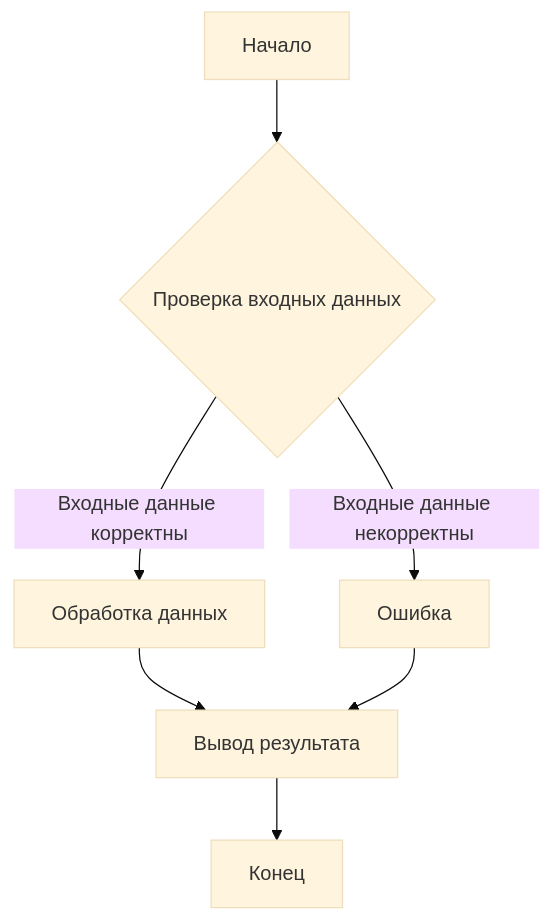
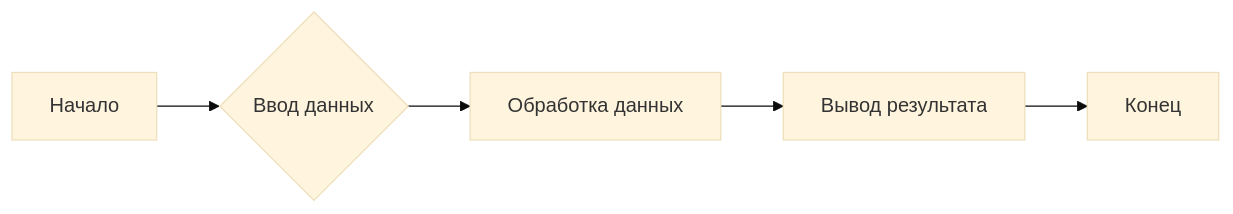
Before and after one commit to hypo69/hypo: the diagram in docs/gemini/ru/explainer/src/endpoints/hypo69/code_assistant/instructions/instruction_code_explainer_html_ru.md, drawn with Mermaid (base theme). The commit also changed other lines of this file and 468 other files, not shown here.

````diff
--- a/docs/gemini/ru/explainer/src/endpoints/hypo69/code_assistant/instructions/instruction_code_explainer_html_ru.md
+++ b/docs/gemini/ru/explainer/src/endpoints/hypo69/code_assistant/instructions/instruction_code_explainer_html_ru.md
@@ -11,9 +15,7 @@
 ```mermaid
-graph TD
-    A[Начало] --> B{Проверка входных данных};
-    B -- Входные данные корректны --> C[Обработка данных];
-    B -- Входные данные некорректны --> D[Ошибка];
-    C --> E[Вывод результата];
-    D --> E;
-    E --> F[Конец];
+graph LR
+    A[Начало] --> B{Ввод данных};
+    B --> C[Обработка данных];
+    C --> D[Вывод результата];
+    D --> E[Конец];
 ```
````
